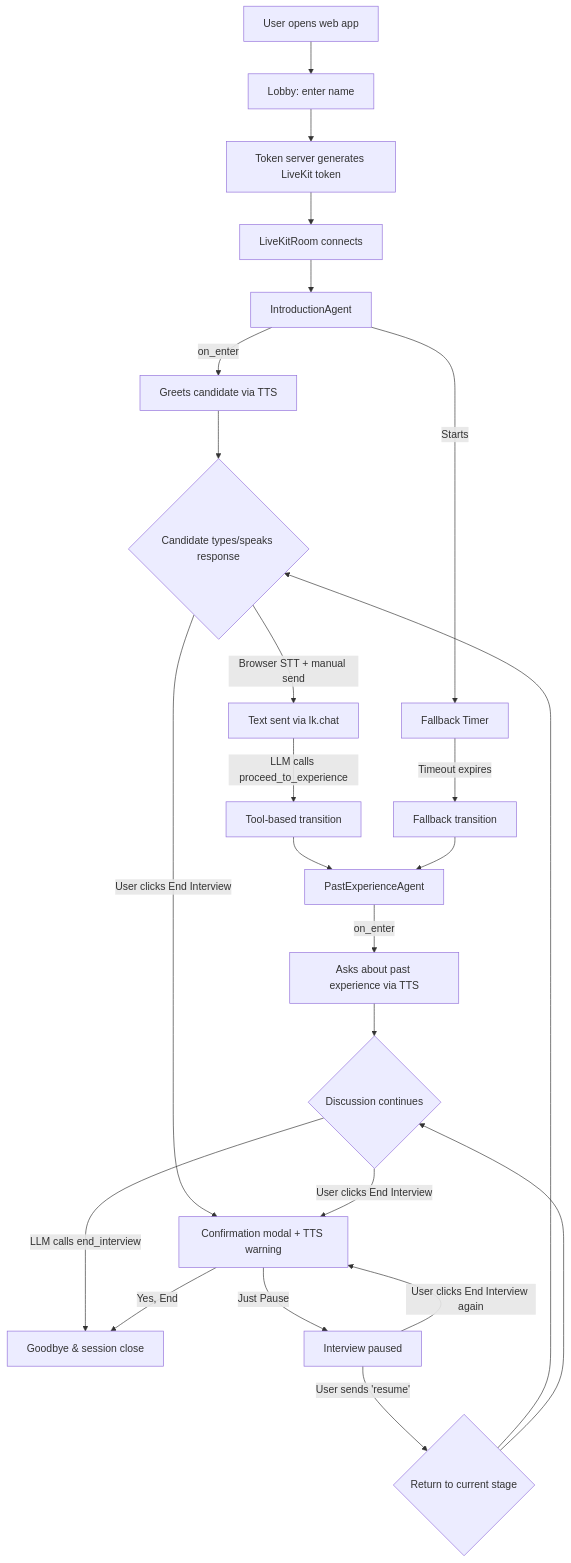
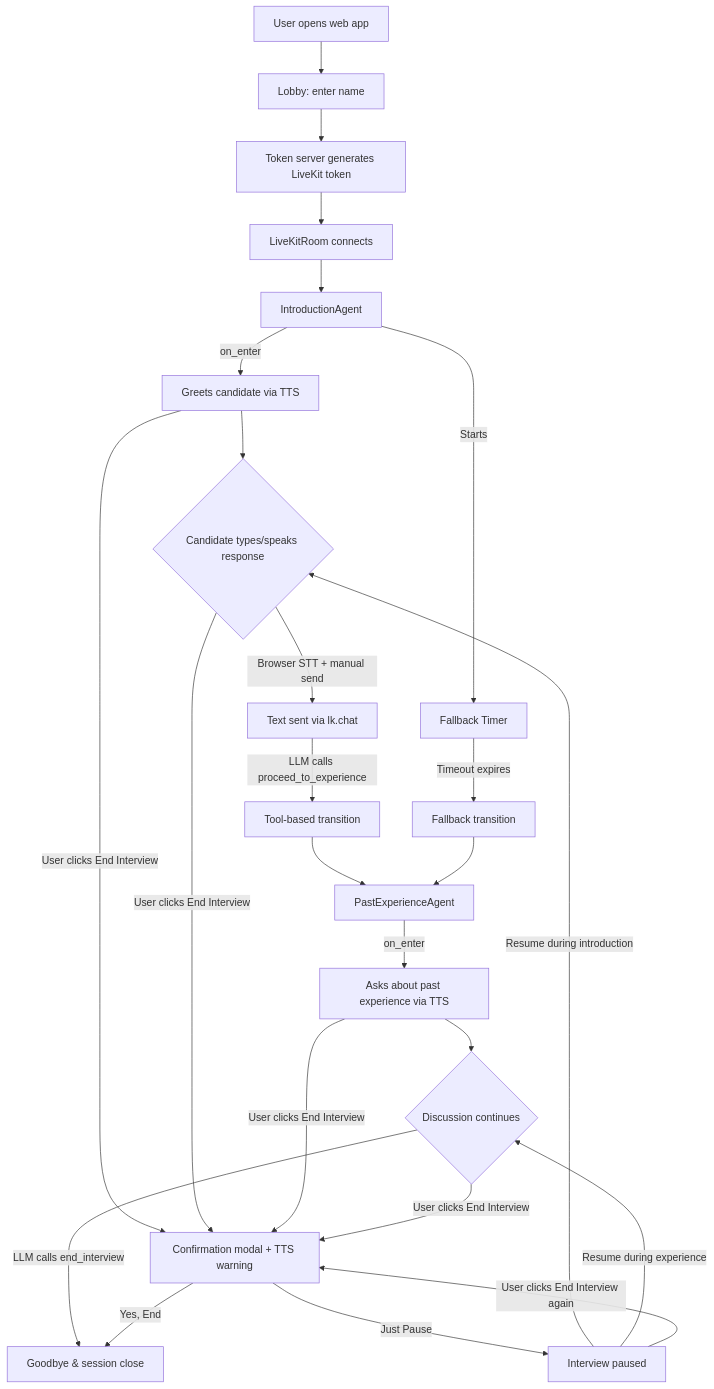
The first of 3 diagrams in README.md (anhtranst/moc_interview_demo), drawn with Mermaid before and after one commit.

Commit message:
docs(README.md): Fix flow diagram (End Interview available from greeting onward)

````diff
--- a/README.md
+++ b/README.md
@@ -20,27 +20,28 @@
 ```mermaid
 flowchart TD
     A[User opens web app] --> B[Lobby: enter name]
     B --> C[Token server generates LiveKit token]
     C --> D[LiveKitRoom connects]
     D --> E[IntroductionAgent]
     E -->|on_enter| F[Greets candidate via TTS]
     E -->|Starts| G[Fallback Timer]
     F --> H{Candidate types/speaks response}
     H -->|Browser STT + manual send| I[Text sent via lk.chat]
     I -->|LLM calls proceed_to_experience| J[Tool-based transition]
     G -->|Timeout expires| K[Fallback transition]
     J --> L[PastExperienceAgent]
     K --> L
     L -->|on_enter| M[Asks about past experience via TTS]
     M --> N{Discussion continues}
     N -->|LLM calls end_interview| O[Goodbye & session close]
 
-    H -->|User clicks End Interview| P[Confirmation modal + TTS warning]
+    F -->|User clicks End Interview| P[Confirmation modal + TTS warning]
+    H -->|User clicks End Interview| P
+    M -->|User clicks End Interview| P
     N -->|User clicks End Interview| P
     P -->|Just Pause| Q[Interview paused]
     P -->|Yes, End| O
-    Q -->|User sends 'resume'| R{Return to current stage}
-    R --> H
-    R --> N
+    Q -->|Resume during introduction| H
+    Q -->|Resume during experience| N
     Q -->|User clicks End Interview again| P
 ```
````
